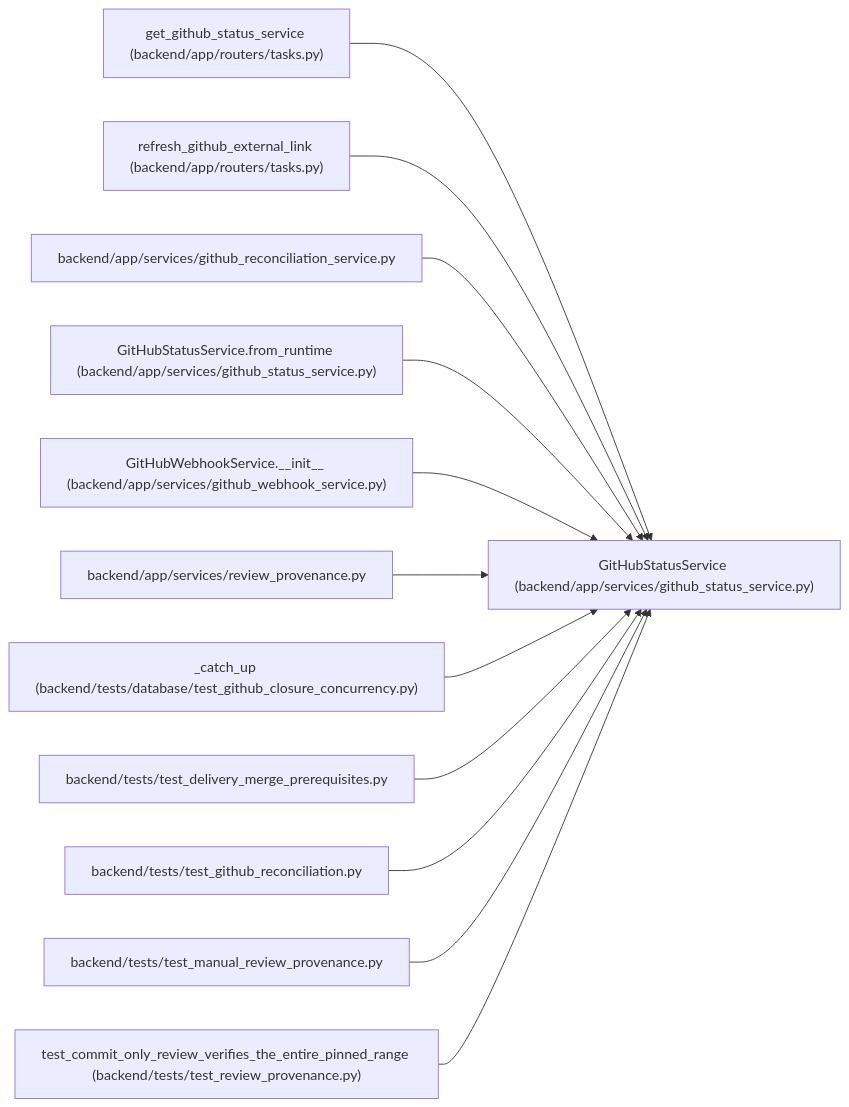
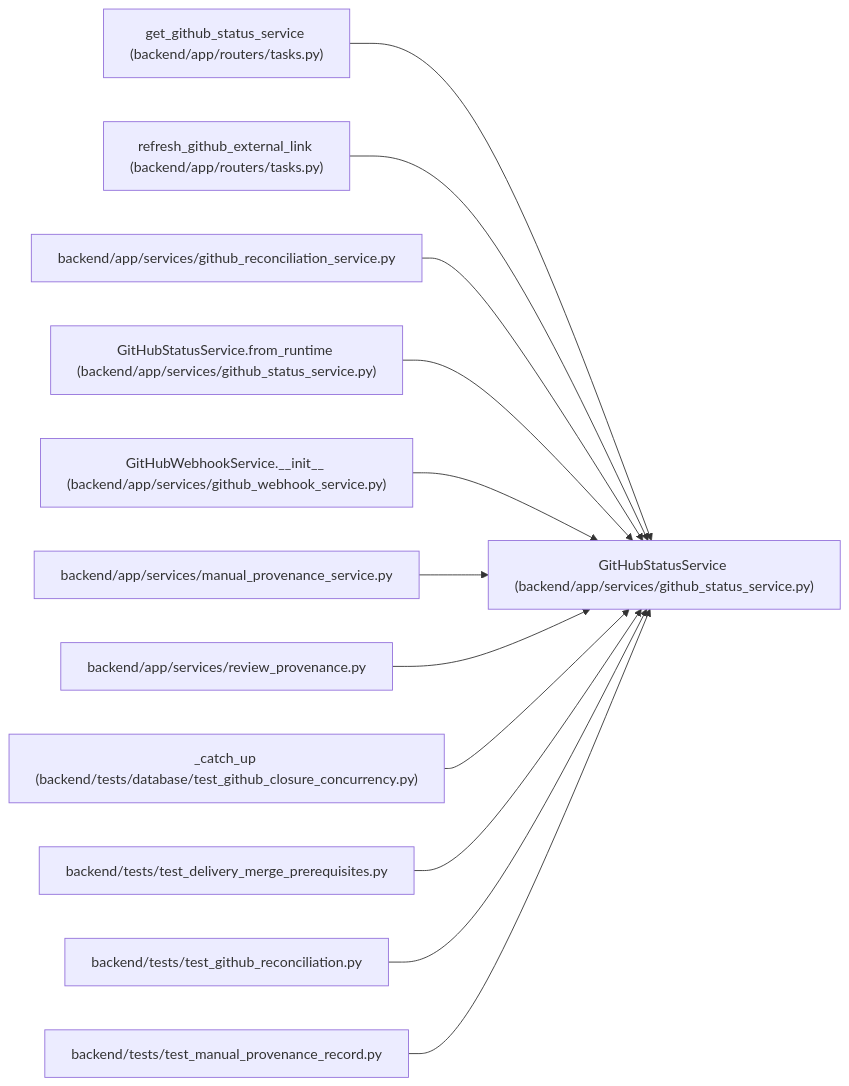
The diagram in docs/llm_wiki/entities/GitHubStatusService.md (Denissvgn/WorkChord), drawn with Mermaid before and after one commit. The commit also changed other lines of this file and 880 other files, not shown here.

Commit message:
Sync the architectural wiki for manual execution provenance

````diff
--- a/docs/llm_wiki/entities/GitHubStatusService.md
+++ b/docs/llm_wiki/entities/GitHubStatusService.md
@@ -50,38 +50,38 @@
 ```mermaid
 flowchart LR
     n0["GitHubStatusService (backend/app/services/github_status_service.py)"]
     n1["get_github_status_service (backend/app/routers/tasks.py)"]
     n2["refresh_github_external_link (backend/app/routers/tasks.py)"]
     n3["backend/app/services/github_reconciliation_service.py"]
     n4["GitHubStatusService.from_runtime (backend/app/services/github_status_service.py)"]
     n5["GitHubWebhookService.__init__ (backend/app/services/github_webhook_service.py)"]
-    n6["backend/app/services/review_provenance.py"]
-    n7["_catch_up (backend/tests/database/test_github_closure_concurrency.py)"]
-    n8["backend/tests/test_delivery_merge_prerequisites.py"]
-    n9["backend/tests/test_github_reconciliation.py"]
-    n10["backend/tests/test_manual_review_provenance.py"]
-    n11["test_commit_only_review_verifies_the_entire_pinned_range (backend/tests/test_review_provenance.py)"]
+    n6["backend/app/services/manual_provenance_service.py"]
+    n7["backend/app/services/review_provenance.py"]
+    n8["_catch_up (backend/tests/database/test_github_closure_concurrency.py)"]
+    n9["backend/tests/test_delivery_merge_prerequisites.py"]
+    n10["backend/tests/test_github_reconciliation.py"]
+    n11["backend/tests/test_manual_provenance_record.py"]
     n1 --> n0
     n2 --> n0
     n3 --> n0
     n4 --> n0
     n5 --> n0
     n6 --> n0
     n7 --> n0
     n8 --> n0
     n9 --> n0
     n10 --> n0
     n11 --> n0
     click n0 "../modules/github_status_service.md"
     click n1 "../modules/tasks.md"
     click n2 "../modules/tasks.md"
     click n3 "../modules/github_reconciliation_service.md"
     click n4 "../modules/github_status_service.md"
     click n5 "../modules/github_webhook_service.md"
-    click n6 "../modules/review_provenance.md"
-    click n7 "../modules/test_github_closure_concurrency.md"
-    click n8 "../modules/test_delivery_merge_prerequisites.md"
-    click n9 "../modules/test_github_reconciliation.md"
-    click n10 "../modules/test_manual_review_provenance.md"
-    click n11 "../modules/test_review_provenance.md"
+    click n6 "../modules/manual_provenance_service.md"
+    click n7 "../modules/review_provenance.md"
+    click n8 "../modules/test_github_closure_concurrency.md"
+    click n9 "../modules/test_delivery_merge_prerequisites.md"
+    click n10 "../modules/test_github_reconciliation.md"
+    click n11 "../modules/test_manual_provenance_record.md"
 ```
````
